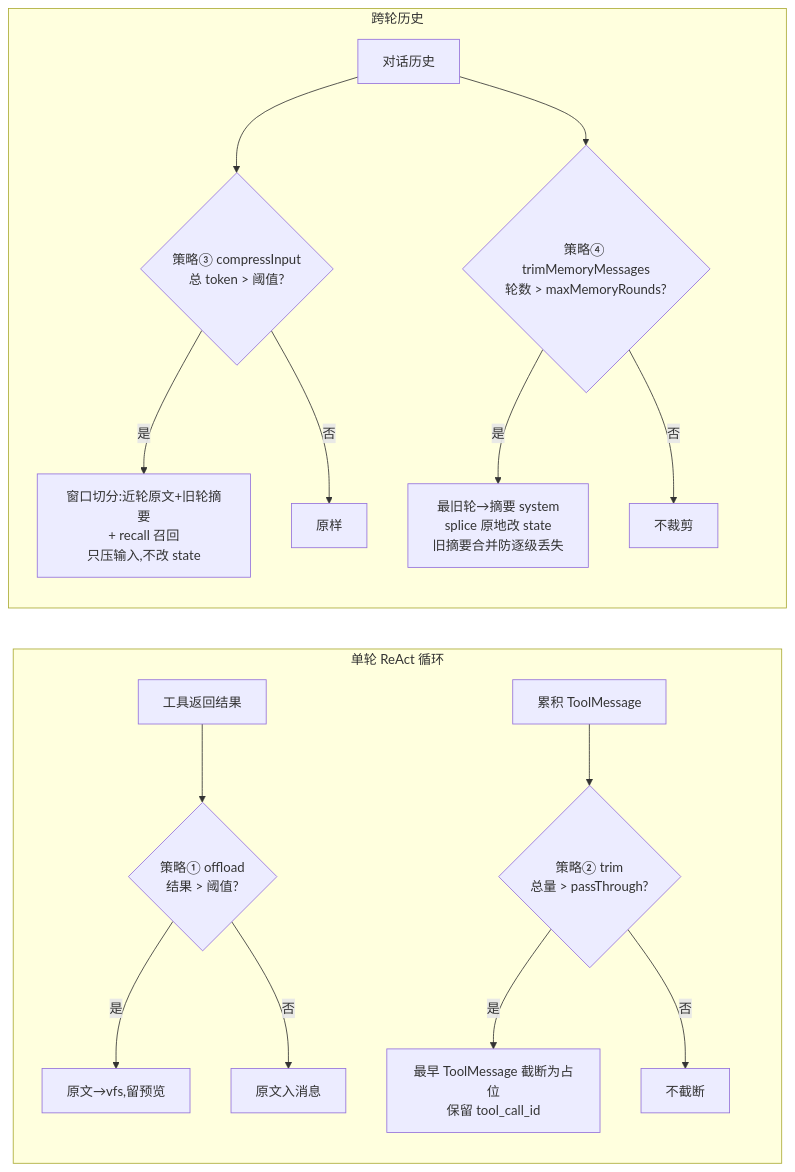
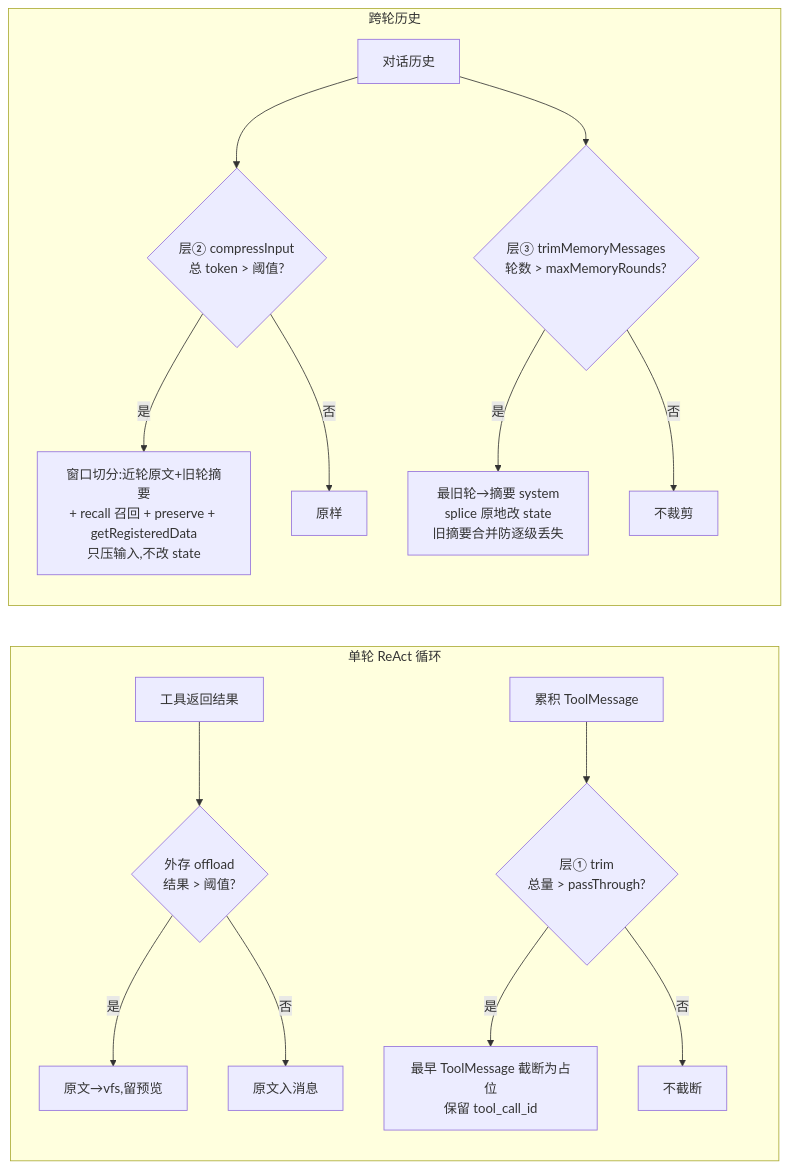
Before and after one commit to whyymj/chat-sdk: the second of 3 diagrams in doc/context-management.md, drawn with Mermaid. The commit also changed other lines of this file and 25 other files, not shown here.

First line of the commit message:
feat(2.8.0): setSkills/invalidateSkillCache 动态 skill + exportData/importData/usage/onAudit 便捷 API + skill 全文缓存与 offload 内容寻址去重

````diff
--- a/doc/context-management.md
+++ b/doc/context-management.md
@@ -152,20 +303,20 @@
 ```mermaid
 flowchart LR
     subgraph 单轮内[单轮 ReAct 循环]
-        T[工具返回结果] --> O1{策略① offload<br/>结果 > 阈值?}
-        O1 -->|是| V[原文→vfs,留预览]
-        O1 -->|否| P[原文入消息]
-        T2[累积 ToolMessage] --> O2{策略② trim<br/>总量 > passThrough?}
-        O2 -->|是| C[最早 ToolMessage 截断为占位<br/>保留 tool_call_id]
-        O2 -->|否| NC[不截断]
+        T[工具返回结果] --> O0{外存 offload<br/>结果 > 阈值?}
+        O0 -->|是| V[原文→vfs,留预览]
+        O0 -->|否| P[原文入消息]
+        T2[累积 ToolMessage] --> O1{层① trim<br/>总量 > passThrough?}
+        O1 -->|是| C[最早 ToolMessage 截断为占位<br/>保留 tool_call_id]
+        O1 -->|否| NC[不截断]
     end
 
     subgraph 跨轮[跨轮历史]
-        H[对话历史] --> O3{策略③ compressInput<br/>总 token > 阈值?}
-        O3 -->|是| W[窗口切分:近轮原文+旧轮摘要<br/>+ recall 召回<br/>只压输入,不改 state]
-        O3 -->|否| NH[原样]
-        H --> O4{策略④ trimMemoryMessages<br/>轮数 > maxMemoryRounds?}
-        O4 -->|是| M[最旧轮→摘要 system<br/>splice 原地改 state<br/>旧摘要合并防逐级丢失]
-        O4 -->|否| NM[不裁剪]
+        H[对话历史] --> O2{层② compressInput<br/>总 token > 阈值?}
+        O2 -->|是| W[窗口切分:近轮原文+旧轮摘要<br/>+ recall 召回 + preserve + getRegisteredData<br/>只压输入,不改 state]
+        O2 -->|否| NH[原样]
+        H --> O3{层③ trimMemoryMessages<br/>轮数 > maxMemoryRounds?}
+        O3 -->|是| M[最旧轮→摘要 system<br/>splice 原地改 state<br/>旧摘要合并防逐级丢失]
+        O3 -->|否| NM[不裁剪]
     end
 ```
````
